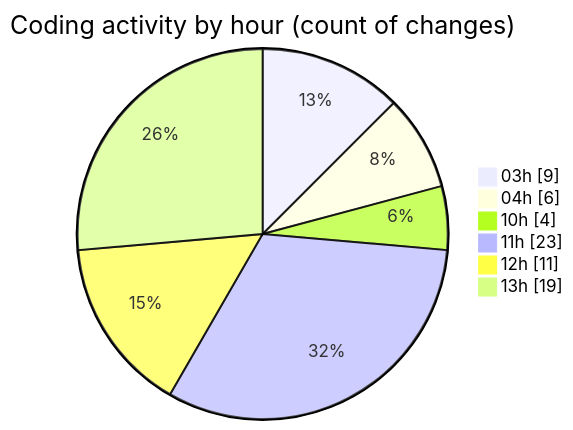
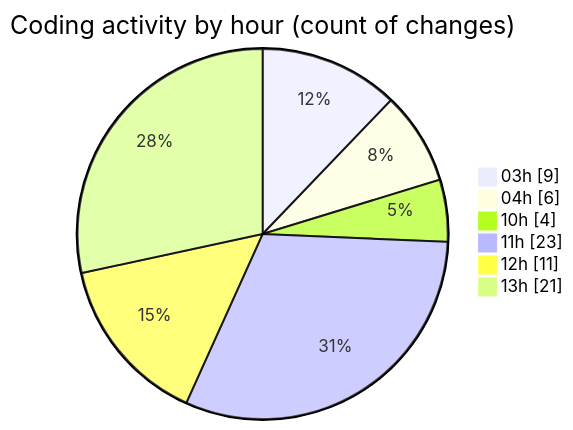
Before and after one commit to julien-gomy/code-tracking: the second of 2 diagrams in 2025-10-30/eventscop-frontend-guide__workspace_/README.md, drawn with Mermaid. The commit also changed other lines of this file and 1 other file, not shown here.

````diff
--- a/2025-10-30/eventscop-frontend-guide__workspace_/README.md
+++ b/2025-10-30/eventscop-frontend-guide__workspace_/README.md
@@ -42,10 +42,10 @@
 ```mermaid
 pie showData
 title Coding activity by hour (count of changes)
 "03h" : 9
 "04h" : 6
 "10h" : 4
 "11h" : 23
 "12h" : 11
-"13h" : 19
+"13h" : 21
 ```
````
